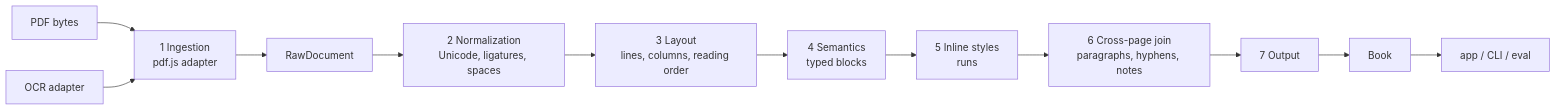
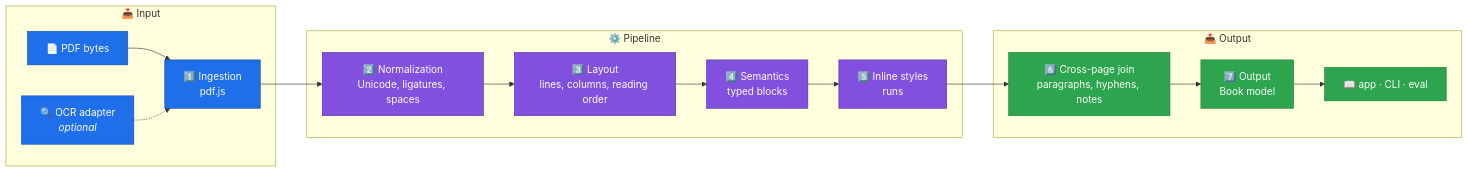
One commit to Rennan-aex/PagePace changed the diagram in README.md. Above: the diagram before and after it, drawn with Mermaid. The commit also changed other lines of this file and 4 other files, not shown here.

````diff
--- a/README.md
+++ b/README.md
@@ -41,14 +65,32 @@
 ```mermaid
 flowchart LR
-    PDF[PDF bytes] --> I[1 Ingestion<br/>pdf.js adapter]
-    OCR[OCR adapter] --> I
-    I --> R[RawDocument]
-    R --> N[2 Normalization<br/>Unicode, ligatures, spaces]
-    N --> L[3 Layout<br/>lines, columns, reading order]
-    L --> S[4 Semantics<br/>typed blocks]
-    S --> Y[5 Inline styles<br/>runs]
-    Y --> J[6 Cross-page join<br/>paragraphs, hyphens, notes]
-    J --> O[7 Output]
-    O --> B[Book]
-    B --> C[app / CLI / eval]
+    subgraph ENTRADA["📥 Input"]
+        PDF["📄 PDF bytes"]
+        OCR["🔍 OCR adapter<br/><i>optional</i>"]
+        ING["1️⃣ Ingestion<br/>pdf.js"]
+    end
+
+    subgraph PIPELINE["⚙️ Pipeline"]
+        NRM["2️⃣ Normalization<br/>Unicode, ligatures, spaces"]
+        LAY["3️⃣ Layout<br/>lines, columns, reading order"]
+        SEM["4️⃣ Semantics<br/>typed blocks"]
+        STY["5️⃣ Inline styles<br/>runs"]
+    end
+
+    subgraph SAIDA["📤 Output"]
+        JOIN["6️⃣ Cross-page join<br/>paragraphs, hyphens, notes"]
+        OUT["7️⃣ Output<br/>Book model"]
+        READ["📖 app · CLI · eval"]
+    end
+
+    PDF --> ING
+    OCR -.-> ING
+    ING --> NRM --> LAY --> SEM --> STY --> JOIN --> OUT --> READ
+
+    classDef entrada fill:#1f6feb,color:#fff,stroke:#164a9c
+    classDef pipeline fill:#8250df,color:#fff,stroke:#5a2ca0
+    classDef saida fill:#2da44e,color:#fff,stroke:#1a7f37
+    class PDF,OCR,ING entrada
+    class NRM,LAY,SEM,STY pipeline
+    class JOIN,OUT,READ saida
 ```
````
